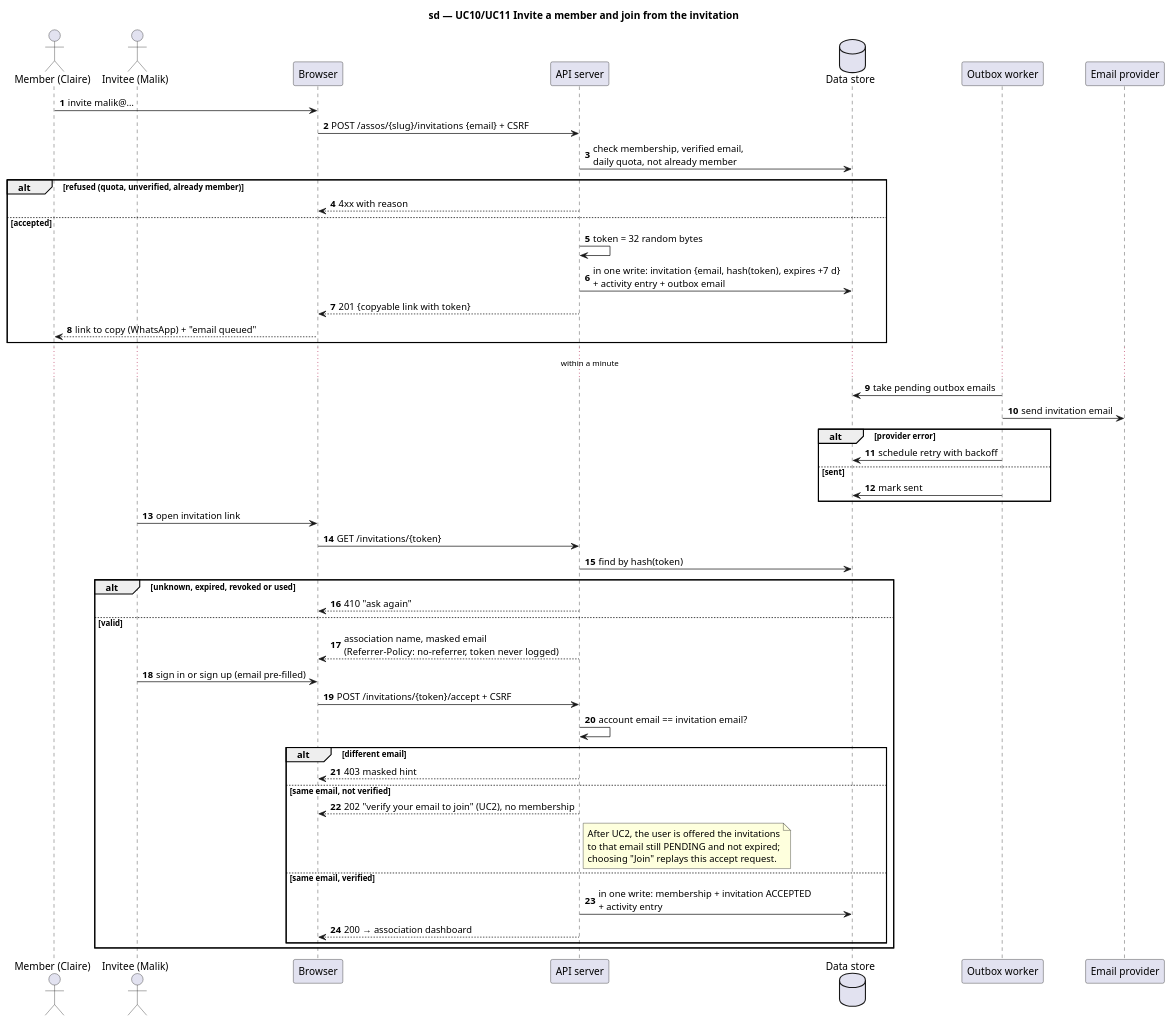
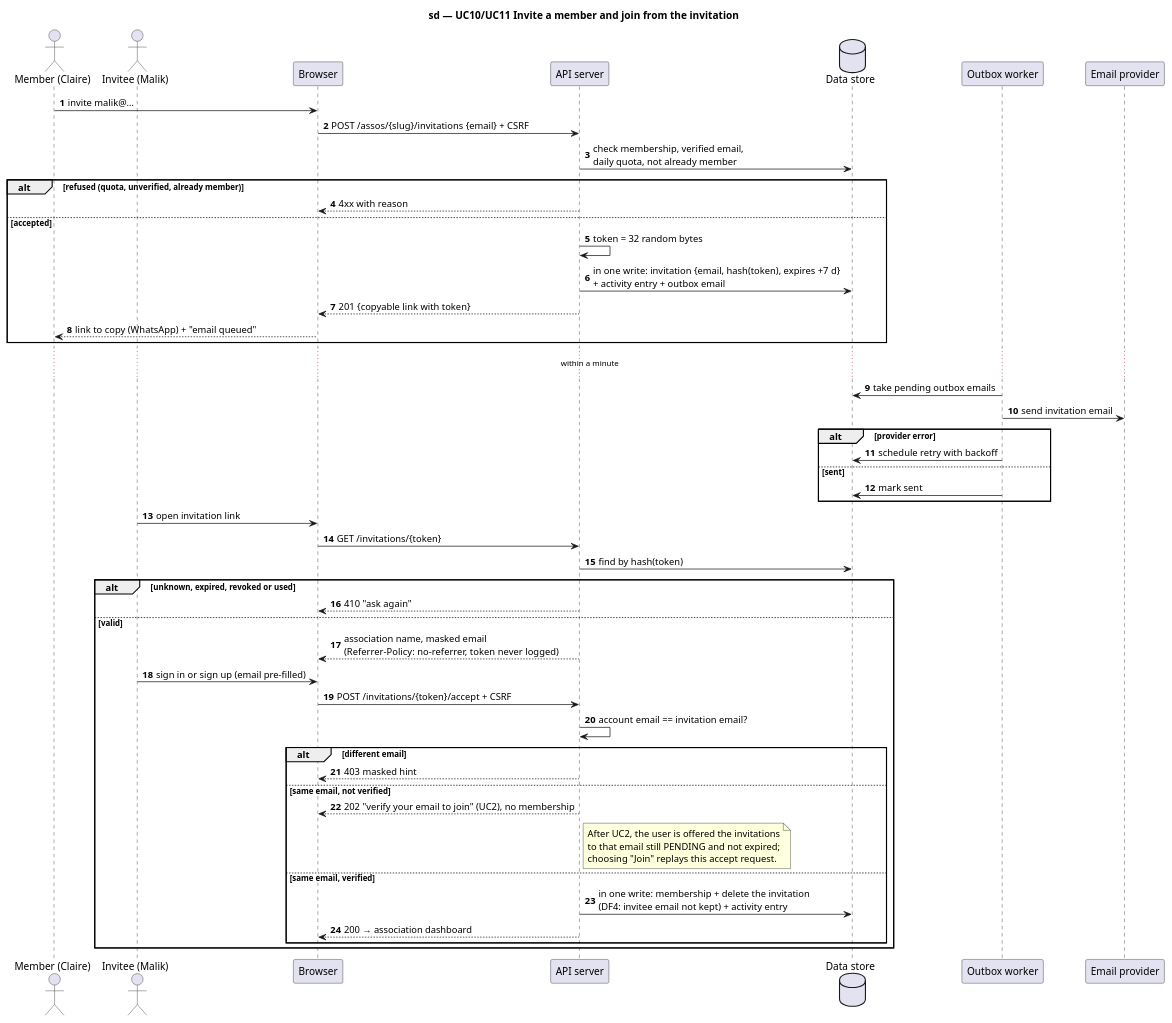
The diagram in docs/architecture/diagrams/v1-events/02b-sequence-invite-and-join.puml (benoit-bremaud/HappiHub), drawn with PlantUML before and after one commit. The commit also changed 10 other files, not shown here.

First line of the commit message:
docs(uml): align sequences and use cases with DF4/DF5 after review

```diff
--- a/docs/architecture/diagrams/v1-events/02b-sequence-invite-and-join.puml
+++ b/docs/architecture/diagrams/v1-events/02b-sequence-invite-and-join.puml
@@ -1,56 +1,56 @@
 @startuml
 title sd — UC10/UC11 Invite a member and join from the invitation
 skinparam shadowing false
 autonumber
 actor "Member (Claire)" as C
 actor "Invitee (Malik)" as K
 participant "Browser" as B
 participant "API server" as A
 database "Data store" as D
 participant "Outbox worker" as W
 participant "Email provider" as E
 
 C -> B : invite malik@…
 B -> A : POST /assos/{slug}/invitations {email} + CSRF
 A -> D : check membership, verified email,\ndaily quota, not already member
 alt refused (quota, unverified, already member)
   A --> B : 4xx with reason
 else accepted
   A -> A : token = 32 random bytes
   A -> D : in one write: invitation {email, hash(token), expires +7 d}\n+ activity entry + outbox email
   A --> B : 201 {copyable link with token}
   B --> C : link to copy (WhatsApp) + "email queued"
 end
 ...within a minute...
 W -> D : take pending outbox emails
 W -> E : send invitation email
 alt provider error
   W -> D : schedule retry with backoff
 else sent
   W -> D : mark sent
 end
 K -> B : open invitation link
 B -> A : GET /invitations/{token}
 A -> D : find by hash(token)
 alt unknown, expired, revoked or used
   A --> B : 410 "ask again"
 else valid
   A --> B : association name, masked email\n(Referrer-Policy: no-referrer, token never logged)
   K -> B : sign in or sign up (email pre-filled)
   B -> A : POST /invitations/{token}/accept + CSRF
   A -> A : account email == invitation email?
   alt different email
     A --> B : 403 masked hint
   else same email, not verified
     A --> B : 202 "verify your email to join" (UC2), no membership
     note right of A
       After UC2, the user is offered the invitations
       to that email still PENDING and not expired;
       choosing "Join" replays this accept request.
     end note
   else same email, verified
-    A -> D : in one write: membership + invitation ACCEPTED\n+ activity entry
+    A -> D : in one write: membership + delete the invitation\n(DF4: invitee email not kept) + activity entry
     A --> B : 200 → association dashboard
   end
 end
 @enduml
```
